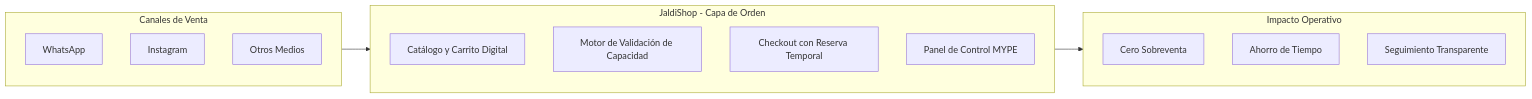
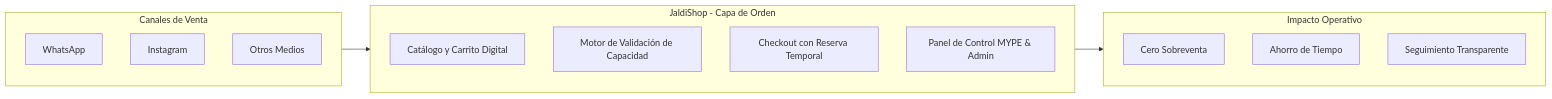
One commit to iJosueeh/jaldishop changed the first of 2 diagrams in README.md. Above: the diagram before and after it, drawn with Mermaid. The commit also changed other lines of this file and 2 other files, not shown here.

````diff
--- a/README.md
+++ b/README.md
@@ -24,24 +24,24 @@
 ```mermaid
 flowchart LR
     subgraph CLIENTES["Canales de Venta"]
         W[WhatsApp]
         I[Instagram]
         O[Otros Medios]
     end
 
     subgraph PLATAFORMA["JaldiShop - Capa de Orden"]
         direction TB
         C1["Catálogo y Carrito Digital"]
         C2["Motor de Validación de Capacidad"]
         C3["Checkout con Reserva Temporal"]
-        C4["Panel de Control MYPE"]
+        C4["Panel de Control MYPE & Admin"]
     end
 
     subgraph BENEFICIOS["Impacto Operativo"]
         B1["Cero Sobreventa"]
         B2["Ahorro de Tiempo"]
         B3["Seguimiento Transparente"]
     end
 
     CLIENTES --> PLATAFORMA --> BENEFICIOS
 ```
````
